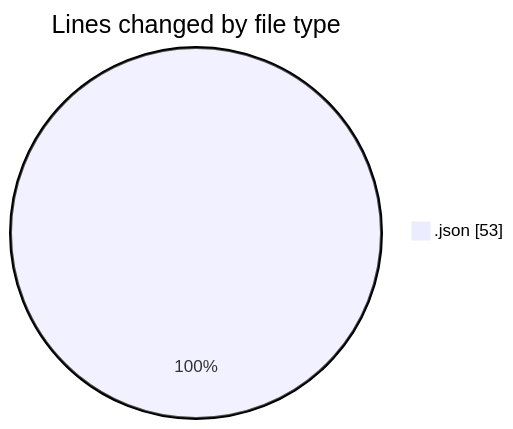
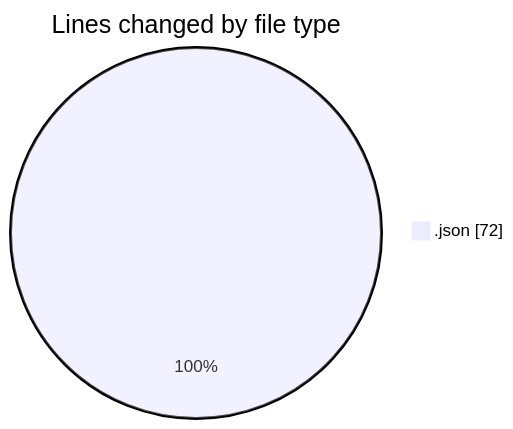
One commit to momahboobian/code-tracking changed the first of 2 diagrams in 2025-07-28/cda/README.md. Above: the diagram before and after it, drawn with Mermaid. The commit also changed other lines of this file and 1 other file, not shown here.

````diff
--- a/2025-07-28/cda/README.md
+++ b/2025-07-28/cda/README.md
@@ -20,5 +20,5 @@
 ```mermaid
 pie showData
 title Lines changed by file type
-".json" : 53
+".json" : 72
 ```
````
